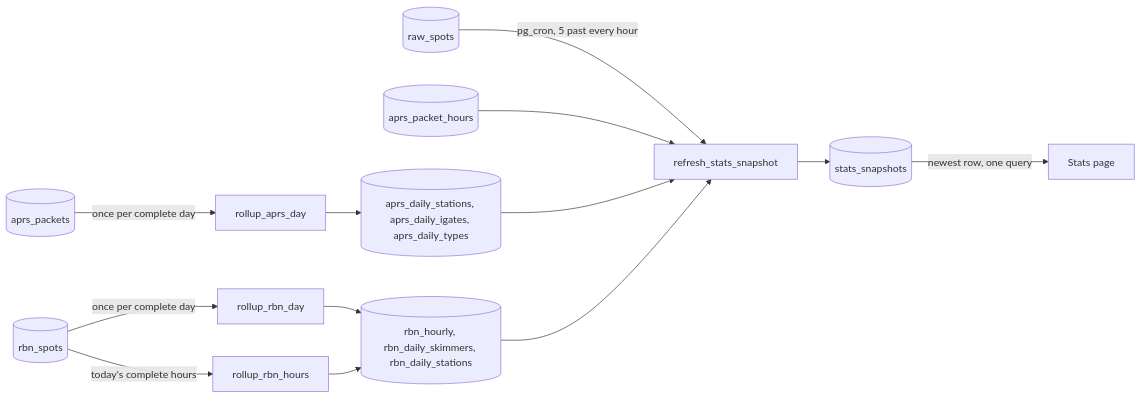
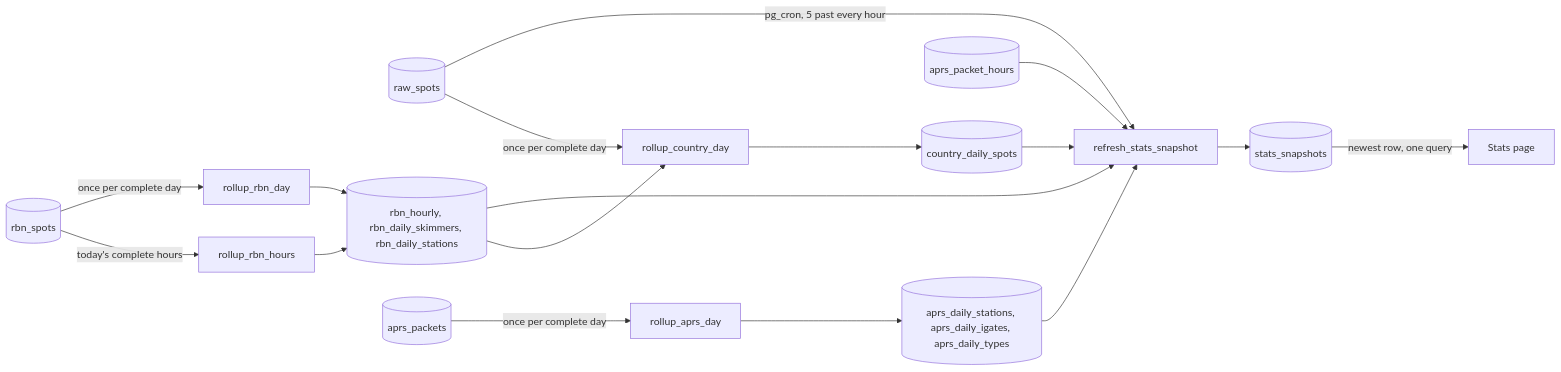
One commit to johnsonm/longlines changed the fourth of 12 diagrams in docs/ARCHITECTURE.md. Above: the diagram before and after it, drawn with Mermaid. The commit also changed other lines of this file and 16 other files, not shown here.

First line of the commit message:
Stats: world map of spots by country

````diff
--- a/docs/ARCHITECTURE.md
+++ b/docs/ARCHITECTURE.md
@@ -272,15 +272,19 @@
 ```mermaid
 flowchart LR
   R[(raw_spots)] -->|pg_cron, 5 past every hour| F[refresh_stats_snapshot]
   RB[(rbn_spots)] -->|once per complete day| U[rollup_rbn_day]
   RB -->|today's complete hours| UH[rollup_rbn_hours]
   U --> RR[(rbn_hourly, rbn_daily_skimmers, rbn_daily_stations)]
   UH --> RR
   AP[(aprs_packets)] -->|once per complete day| UA[rollup_aprs_day]
   UA --> AR[(aprs_daily_stations, aprs_daily_igates, aprs_daily_types)]
   AH[(aprs_packet_hours)] --> F
   AR --> F
   RR --> F
+  R -->|once per complete day| UC[rollup_country_day]
+  RR --> UC
+  UC --> CD[(country_daily_spots)]
+  CD --> F
   F --> S[(stats_snapshots)]
   S -->|newest row, one query| W[Stats page]
 ```
````
